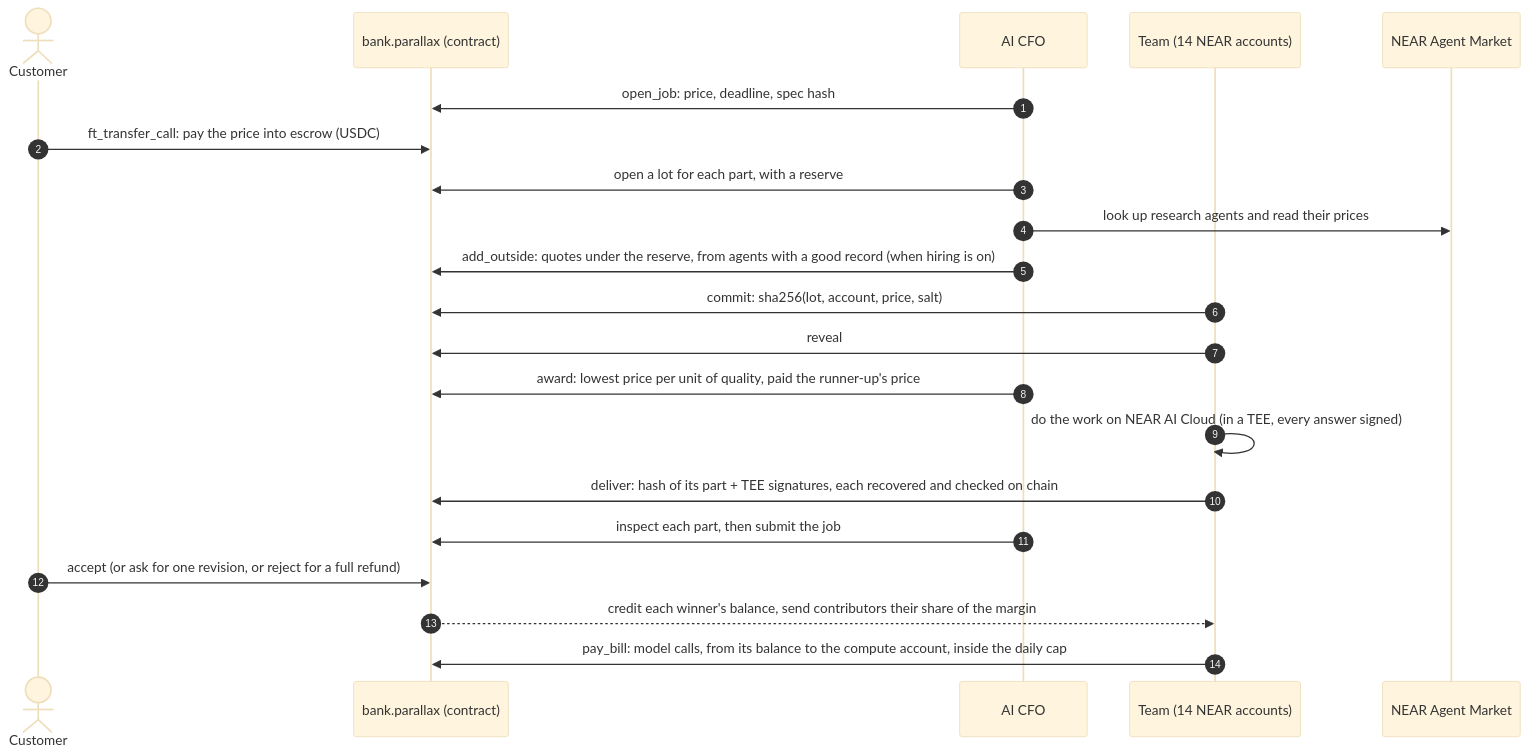
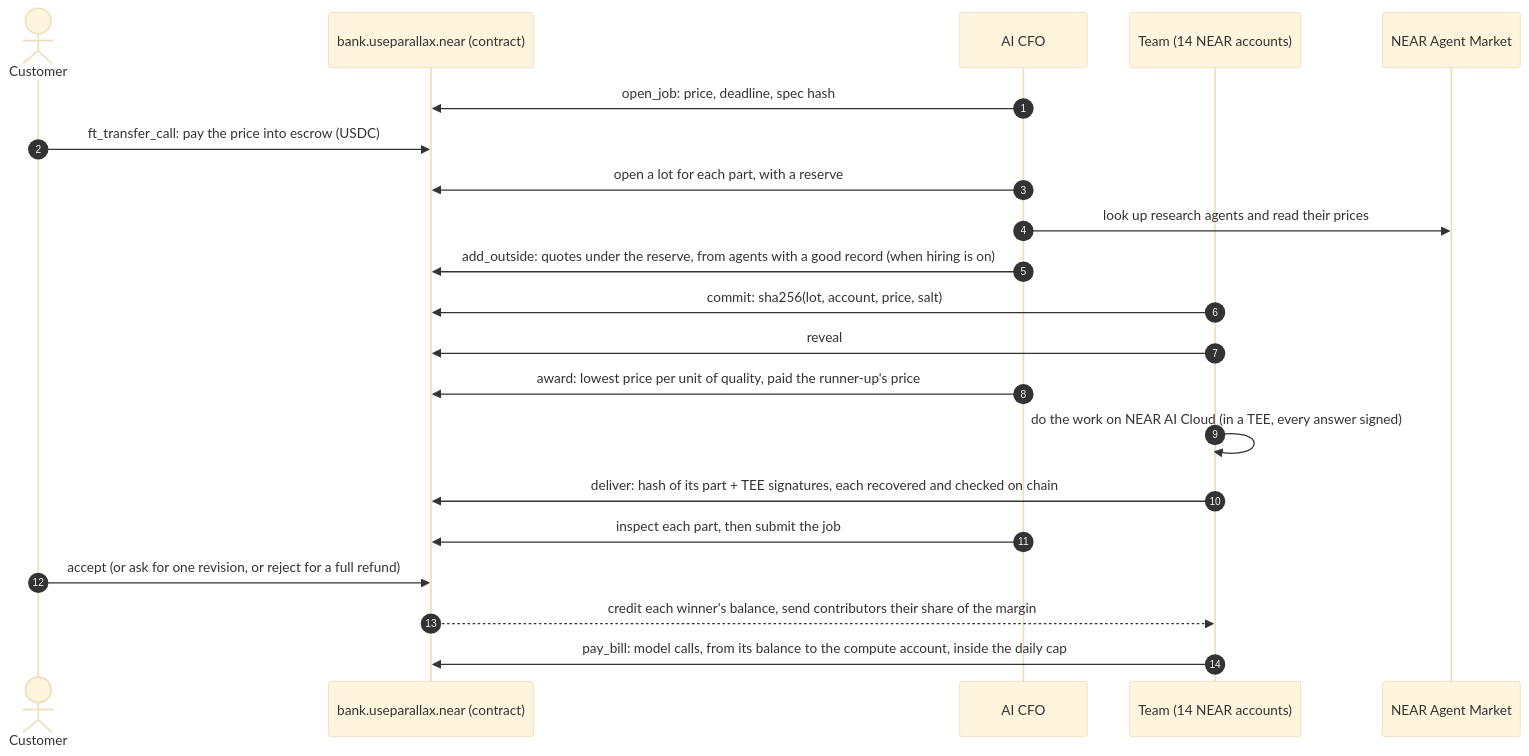
One commit to neromtoobad/parallax changed the diagram in README.md. Above: the diagram before and after it, drawn with Mermaid (base theme). The commit also changed other lines of this file and 6 other files, not shown here.

````diff
--- a/README.md
+++ b/README.md
@@ -71,23 +104,23 @@
 ```mermaid
 sequenceDiagram
     autonumber
     actor C as Customer
-    participant B as bank.parallax (contract)
+    participant B as bank.useparallax.near (contract)
     participant F as AI CFO
     participant T as Team (14 NEAR accounts)
     participant M as NEAR Agent Market
     F->>B: open_job: price, deadline, spec hash
     C->>B: ft_transfer_call: pay the price into escrow (USDC)
     F->>B: open a lot for each part, with a reserve
     F->>M: look up research agents and read their prices
     F->>B: add_outside: quotes under the reserve, from agents with a good record (when hiring is on)
     T->>B: commit: sha256(lot, account, price, salt)
     T->>B: reveal
     F->>B: award: lowest price per unit of quality, paid the runner-up's price
     T->>T: do the work on NEAR AI Cloud (in a TEE, every answer signed)
     T->>B: deliver: hash of its part + TEE signatures, each recovered and checked on chain
     F->>B: inspect each part, then submit the job
     C->>B: accept (or ask for one revision, or reject for a full refund)
     B-->>T: credit each winner's balance, send contributors their share of the margin
     T->>B: pay_bill: model calls, from its balance to the compute account, inside the daily cap
 ```
````
